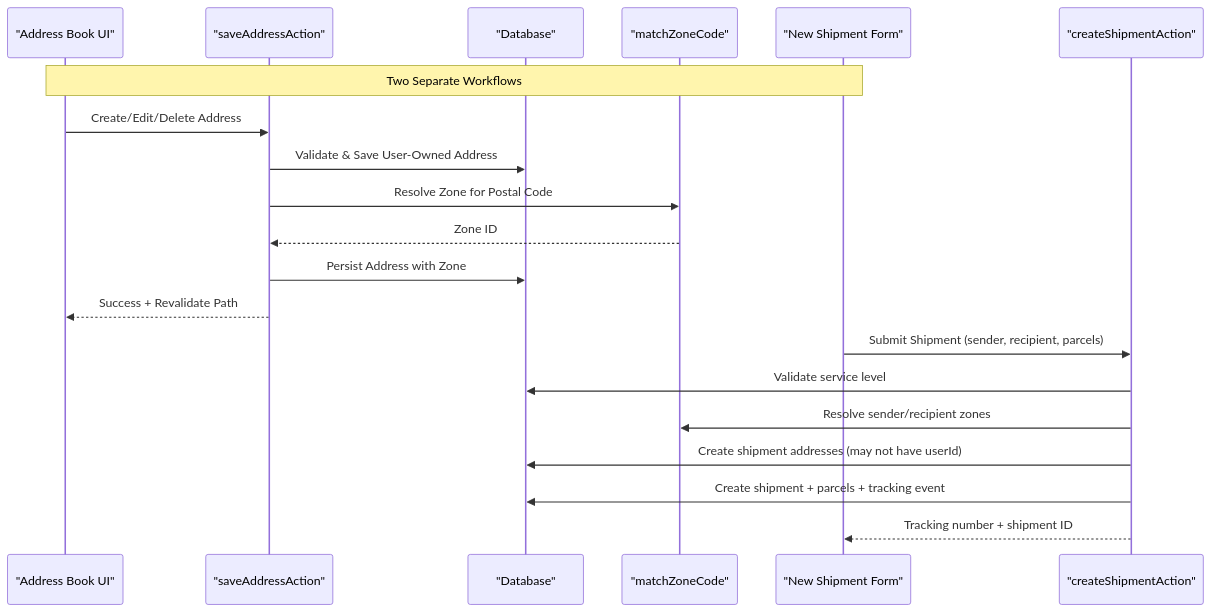
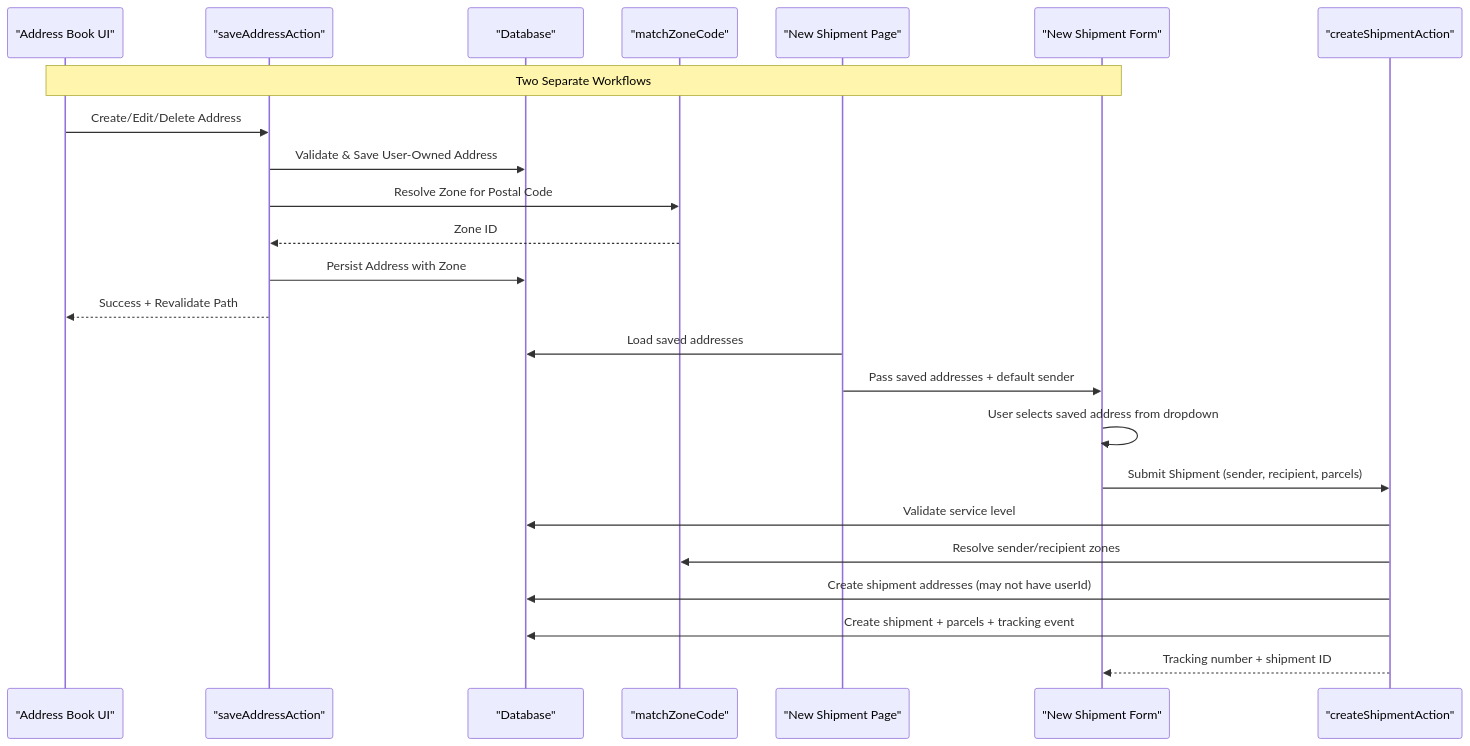
One commit to gyamposudodzi/Timberland changed the second of 15 diagrams in .qoder/repowiki/en/content/Shipment Management/Address Management.md. Above: the diagram before and after it, drawn with Mermaid. The commit also changed other lines of this file and 28 other files, not shown here.

First line of the commit message:
feat(address): enhance shipment workflow with saved address copying and management

````diff
--- a/.qoder/repowiki/en/content/Shipment Management/Address Management.md
+++ b/.qoder/repowiki/en/content/Shipment Management/Address Management.md
@@ -119,22 +124,26 @@
 ```mermaid
 sequenceDiagram
 participant AB as "Address Book UI"
 participant AS as "saveAddressAction"
 participant DB as "Database"
 participant Zones as "matchZoneCode"
-participant NS as "New Shipment Form"
+participant NSP as "New Shipment Page"
+participant NSF as "New Shipment Form"
 participant SA as "createShipmentAction"
-Note over AB,NS : Two Separate Workflows
+Note over AB,NSF : Two Separate Workflows
 AB->>AS : Create/Edit/Delete Address
 AS->>DB : Validate & Save User-Owned Address
 AS->>Zones : Resolve Zone for Postal Code
 Zones-->>AS : Zone ID
 AS->>DB : Persist Address with Zone
 AS-->>AB : Success + Revalidate Path
-NS->>SA : Submit Shipment (sender, recipient, parcels)
+NSP->>DB : Load saved addresses
+NSP->>NSF : Pass saved addresses + default sender
+NSF->>NSF : User selects saved address from dropdown
+NSF->>SA : Submit Shipment (sender, recipient, parcels)
 SA->>DB : Validate service level
 SA->>Zones : Resolve sender/recipient zones
 SA->>DB : Create shipment addresses (may not have userId)
 SA->>DB : Create shipment + parcels + tracking event
-SA-->>NS : Tracking number + shipment ID
+SA-->>NSF : Tracking number + shipment ID
 ```
````
